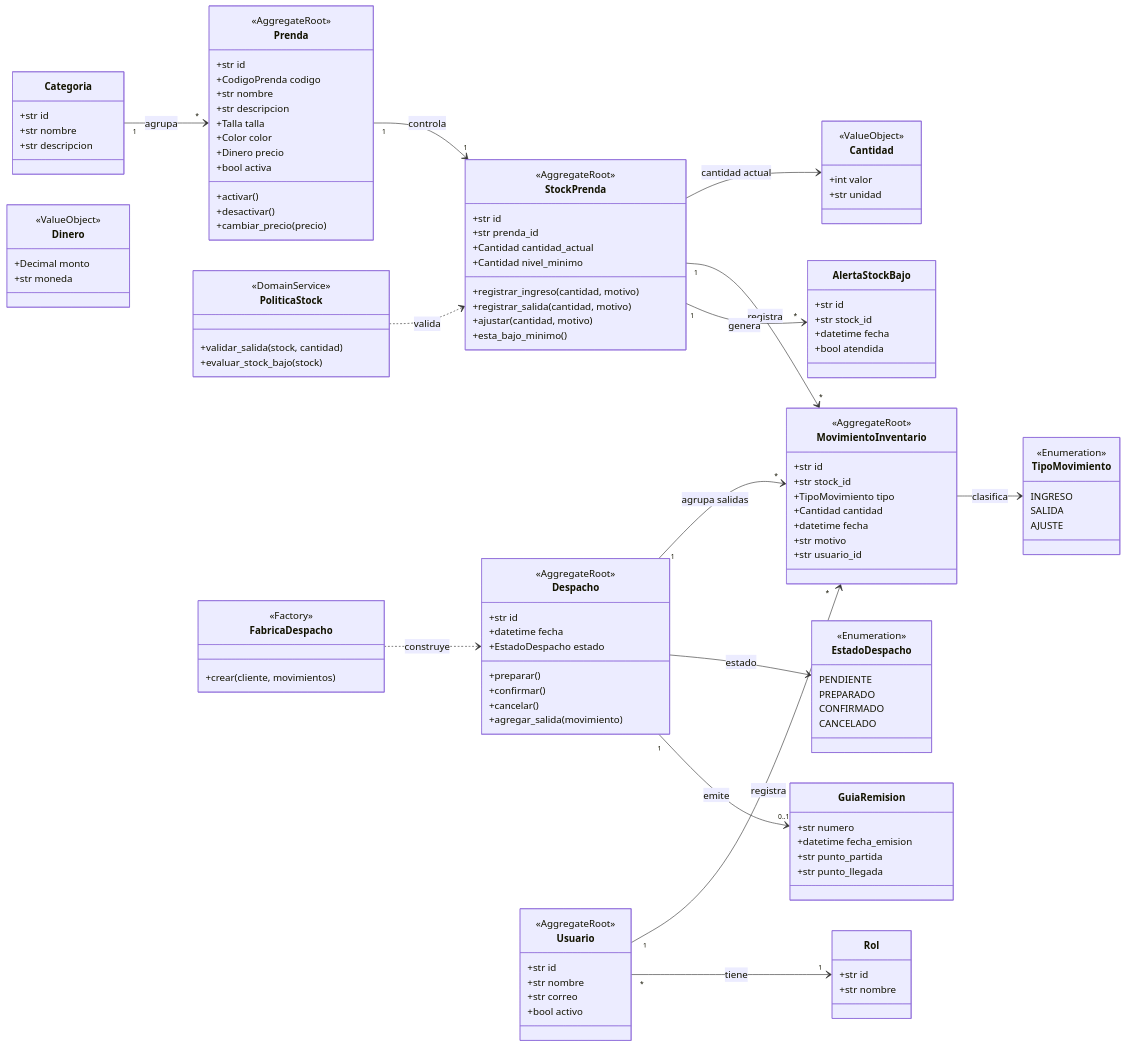
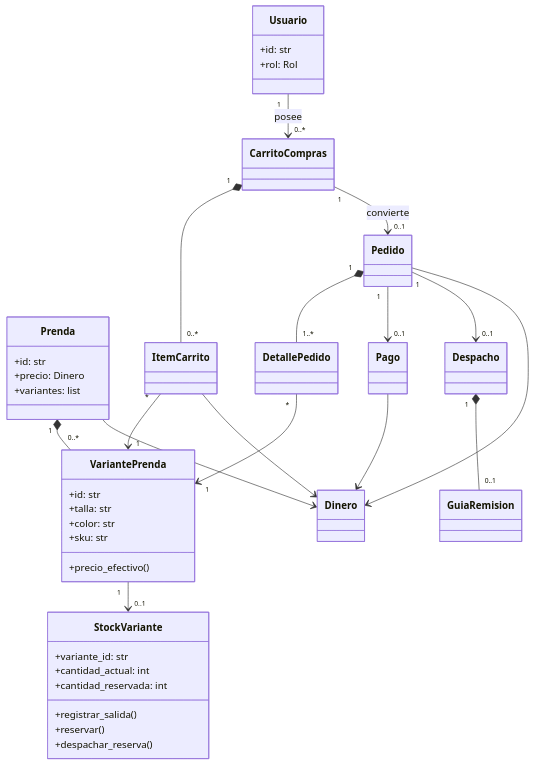
Before and after one commit to javierRock/SoftwareTextil: the second of 4 diagrams in README.md, drawn with Mermaid. The commit also changed other lines of this file and 468 other files, not shown here.

````diff
--- a/README.md
+++ b/README.md
@@ -75,138 +150,51 @@
 ```mermaid
 classDiagram
-    direction LR
+    class Usuario {
+      +id: str
+      +rol: Rol
+    }
+    class Prenda {
+      +id: str
+      +precio: Dinero
+      +variantes: list
+    }
+    class VariantePrenda {
+      +id: str
+      +talla: str
+      +color: str
+      +sku: str
+      +precio_efectivo()
+    }
+    class StockVariante {
+      +variante_id: str
+      +cantidad_actual: int
+      +cantidad_reservada: int
+      +registrar_salida()
+      +reservar()
+      +despachar_reserva()
+    }
+    class CarritoCompras
+    class ItemCarrito
+    class Pedido
+    class DetallePedido
+    class Pago
+    class Despacho
+    class GuiaRemision
+    class Dinero
 
-    class Prenda {
-        <<AggregateRoot>>
-        +str id
-        +CodigoPrenda codigo
-        +str nombre
-        +str descripcion
-        +Talla talla
-        +Color color
-        +Dinero precio
-        +bool activa
-        +activar()
-        +desactivar()
-        +cambiar_precio(precio)
-    }
-
-    class Categoria {
-        +str id
-        +str nombre
-        +str descripcion
-    }
-
-    class StockPrenda {
-        <<AggregateRoot>>
-        +str id
-        +str prenda_id
-        +Cantidad cantidad_actual
-        +Cantidad nivel_minimo
-        +registrar_ingreso(cantidad, motivo)
-        +registrar_salida(cantidad, motivo)
-        +ajustar(cantidad, motivo)
-        +esta_bajo_minimo()
-    }
-
-    class MovimientoInventario {
-        <<AggregateRoot>>
-        +str id
-        +str stock_id
-        +TipoMovimiento tipo
-        +Cantidad cantidad
-        +datetime fecha
-        +str motivo
-        +str usuario_id
-    }
-
-    class Despacho {
-        <<AggregateRoot>>
-        +str id
-        +datetime fecha
-        +EstadoDespacho estado
-        +preparar()
-        +confirmar()
-        +cancelar()
-        +agregar_salida(movimiento)
-    }
-
-    class GuiaRemision {
-        +str numero
-        +datetime fecha_emision
-        +str punto_partida
-        +str punto_llegada
-    }
-
-    class Usuario {
-        <<AggregateRoot>>
-        +str id
-        +str nombre
-        +str correo
-        +bool activo
-    }
-
-    class Rol {
-        +str id
-        +str nombre
-    }
-
-    class Cantidad {
-        <<ValueObject>>
-        +int valor
-        +str unidad
-    }
-
-    class Dinero {
-        <<ValueObject>>
-        +Decimal monto
-        +str moneda
-    }
-
-    class TipoMovimiento {
-        <<Enumeration>>
-        INGRESO
-        SALIDA
-        AJUSTE
-    }
-
-    class EstadoDespacho {
-        <<Enumeration>>
-        PENDIENTE
-        PREPARADO
-        CONFIRMADO
-        CANCELADO
-    }
-
-    class AlertaStockBajo {
-        +str id
-        +str stock_id
-        +datetime fecha
-        +bool atendida
-    }
-
-    class PoliticaStock {
-        <<DomainService>>
-        +validar_salida(stock, cantidad)
-        +evaluar_stock_bajo(stock)
-    }
-
-    class FabricaDespacho {
-        <<Factory>>
-        +crear(cliente, movimientos)
-    }
-
-    Categoria "1" --> "*" Prenda : agrupa
-    Prenda "1" --> "1" StockPrenda : controla
-    StockPrenda --> Cantidad : cantidad actual
-    StockPrenda "1" --> "*" MovimientoInventario : registra
-    MovimientoInventario --> TipoMovimiento : clasifica
-    StockPrenda "1" --> "*" AlertaStockBajo : genera
-    Despacho "1" --> "*" MovimientoInventario : agrupa salidas
-    Despacho --> EstadoDespacho : estado
-    Despacho "1" --> "0..1" GuiaRemision : emite
-    Usuario "1" --> "*" MovimientoInventario : registra
-    Usuario "*" --> "1" Rol : tiene
-    PoliticaStock ..> StockPrenda : valida
-    FabricaDespacho ..> Despacho : construye
+    Usuario "1" --> "0..*" CarritoCompras : posee
+    Prenda "1" *-- "0..*" VariantePrenda
+    VariantePrenda "1" --> "0..1" StockVariante
+    CarritoCompras "1" *-- "0..*" ItemCarrito
+    ItemCarrito "*" --> "1" VariantePrenda
+    Pedido "1" *-- "1..*" DetallePedido
+    DetallePedido "*" --> "1" VariantePrenda
+    CarritoCompras "1" --> "0..1" Pedido : convierte
+    Pedido "1" --> "0..1" Pago
+    Pedido "1" --> "0..1" Despacho
+    Despacho "1" *-- "0..1" GuiaRemision
+    Prenda --> Dinero
+    ItemCarrito --> Dinero
+    Pedido --> Dinero
+    Pago --> Dinero
 ```
````
